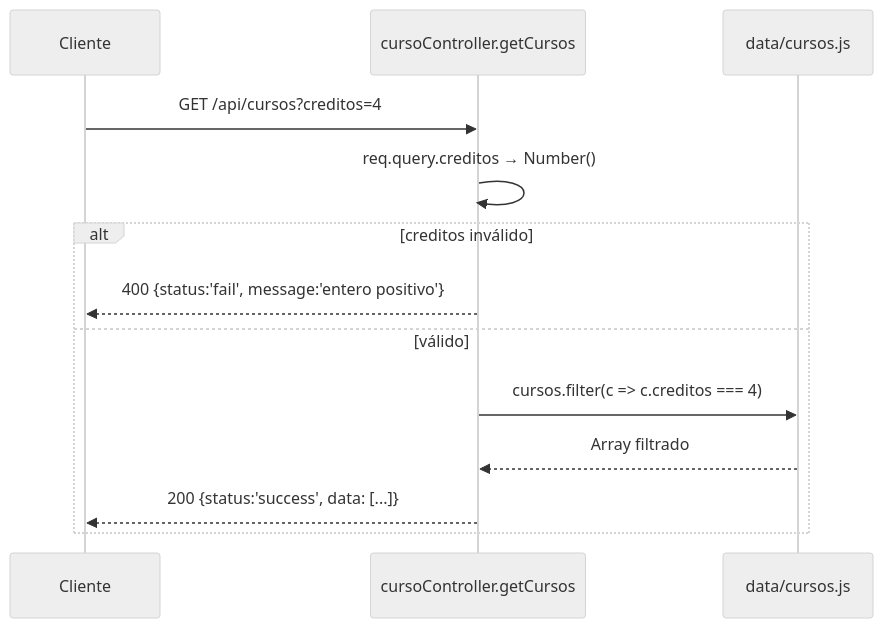
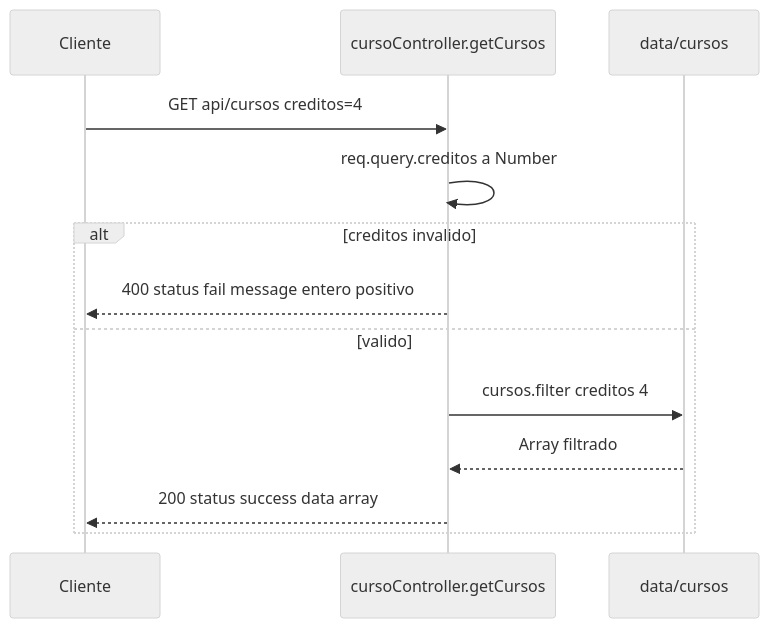
Before and after one commit to camiloSis/Programacion-Web-Systems: the third of 11 diagrams in Lab06VersionIndividual/lab06-api-cursos/flujo.md, drawn with Mermaid (neutral theme). The commit also changed other lines of this file, not shown here.

````diff
--- a/Lab06VersionIndividual/lab06-api-cursos/flujo.md
+++ b/Lab06VersionIndividual/lab06-api-cursos/flujo.md
@@ -125,16 +125,16 @@
 ```mermaid
 sequenceDiagram
     participant C as Cliente
     participant CT as cursoController.getCursos
-    participant DT as data/cursos.js
+    participant DT as data/cursos
 
-    C->>CT: GET /api/cursos?creditos=4
-    CT->>CT: req.query.creditos → Number()
-    alt creditos inválido
-        CT-->>C: 400 {status:'fail', message:'entero positivo'}
-    else válido
-        CT->>DT: cursos.filter(c => c.creditos === 4)
+    C->>CT: GET api/cursos creditos=4
+    CT->>CT: req.query.creditos a Number
+    alt creditos invalido
+        CT-->>C: 400 status fail message entero positivo
+    else valido
+        CT->>DT: cursos.filter creditos 4
         DT-->>CT: Array filtrado
-        CT-->>C: 200 {status:'success', data: [...]}
+        CT-->>C: 200 status success data array
     end
 ```
````
